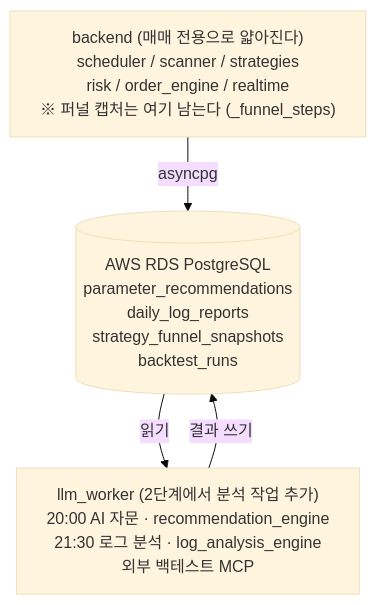
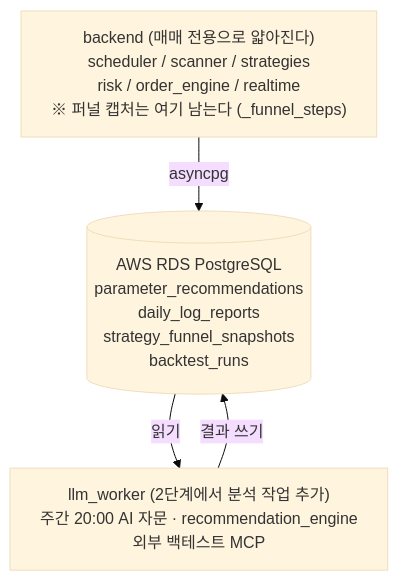
Diagram 23 of 28 in docs/architecture.md (canduk910/auto_stock), drawn with Mermaid (base theme) before and after one commit. The commit also changed other lines of this file and 16 other files, not shown here.

````diff
--- a/docs/architecture.md
+++ b/docs/architecture.md
@@ -1552,10 +1601,10 @@
 ```mermaid
 %%{init: {"flowchart": {"wrappingWidth": 360}}}%%
 flowchart TD
     BE["backend (매매 전용으로 얇아진다)<br/>scheduler / scanner / strategies<br/>risk / order_engine / realtime<br/>※ 퍼널 캡처는 여기 남는다 (_funnel_steps)"]
     DB[("AWS RDS PostgreSQL<br/>parameter_recommendations<br/>daily_log_reports<br/>strategy_funnel_snapshots<br/>backtest_runs")]
-    LW["llm_worker (2단계에서 분석 작업 추가)<br/>20:00 AI 자문 · recommendation_engine<br/>21:30 로그 분석 · log_analysis_engine<br/>외부 백테스트 MCP"]
+    LW["llm_worker (2단계에서 분석 작업 추가)<br/>주간 20:00 AI 자문 · recommendation_engine<br/>외부 백테스트 MCP"]
     BE -->|"asyncpg"| DB
     LW -->|"결과 쓰기"| DB
     DB -->|"읽기"| LW
 ```
````
